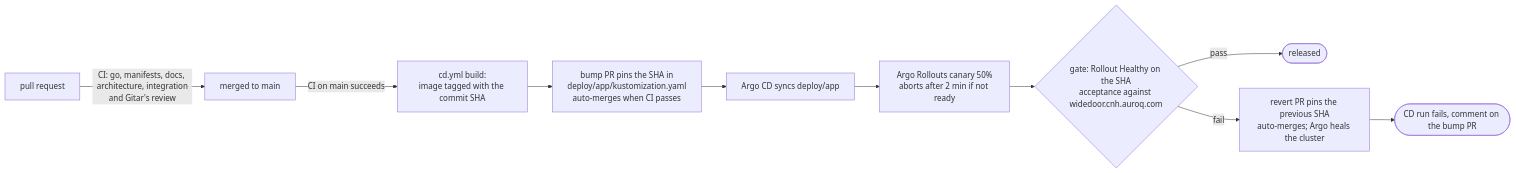
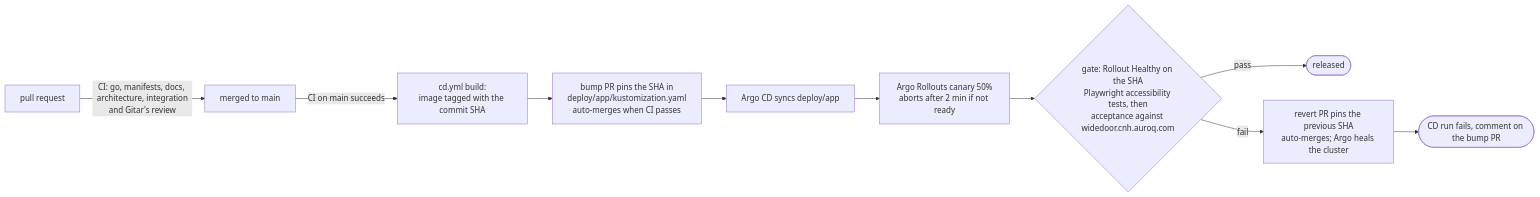
Before and after one commit to auroq/cnh: the second of 2 diagrams in docs/architecture.md, drawn with Mermaid. The commit also changed other lines of this file and 9 other files, not shown here.

First line of the commit message:
Final docs pass: read this first, architecture, AI usage, demo index, in my words (#129)

````diff
--- a/docs/architecture.md
+++ b/docs/architecture.md
@@ -127,12 +129,12 @@
 ```mermaid
 flowchart LR
     pr[pull request] -->|CI: go, manifests, docs, architecture, integration<br/>and Gitar's review| merge[merged to main]
     merge -->|CI on main succeeds| build[cd.yml build:<br/>image tagged with the commit SHA]
     build --> bump[bump PR pins the SHA in<br/>deploy/app/kustomization.yaml<br/>auto-merges when CI passes]
     bump --> argo[Argo CD syncs deploy/app]
     argo --> canary[Argo Rollouts canary 50%<br/>aborts after 2 min if not ready]
-    canary --> gate{gate: Rollout Healthy on the SHA<br/>acceptance against widedoor.cnh.auroq.com}
+    canary --> gate{gate: Rollout Healthy on the SHA<br/>Playwright accessibility tests, then<br/>acceptance against widedoor.cnh.auroq.com}
     gate -->|pass| done([released])
     gate -->|fail| revert[revert PR pins the previous SHA<br/>auto-merges; Argo heals the cluster]
     revert --> failed([CD run fails, comment on the bump PR])
 ```
````
